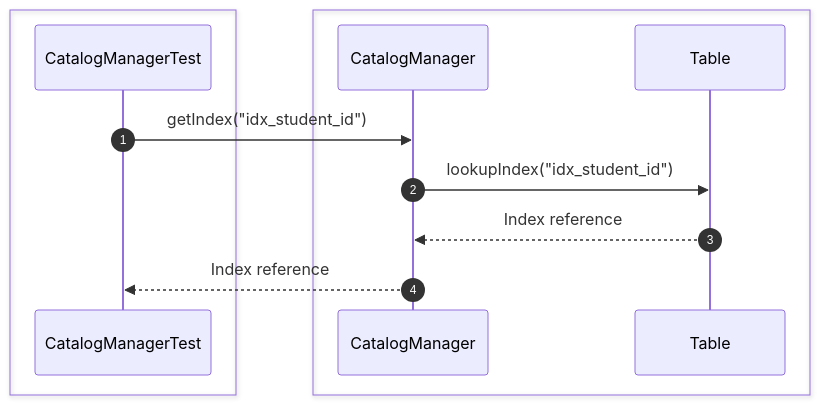
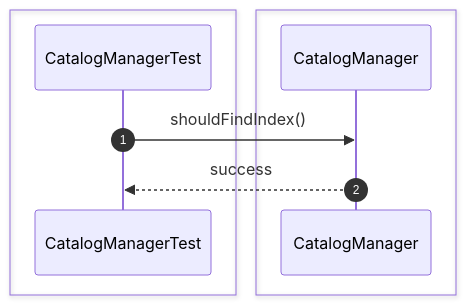
Before and after one commit to Huy1801214/dbms-architecture: the eighth of 28 diagrams in src/sequence/catalog.md, drawn with Mermaid. The commit also changed other lines of this file and 68 other files, not shown here.

Commit message:
implement comprehensive unit test suite and architectural sequence documentation

````diff
--- a/src/sequence/catalog.md
+++ b/src/sequence/catalog.md
@@ -174,19 +111,13 @@
 ```mermaid
 sequenceDiagram
     autonumber
     box #e1f5fe Test Suite
     participant Test as CatalogManagerTest
     end
-    box #e8f5e9 Catalog Objects
-    participant Catalog as CatalogManager
-    participant Tbl as Table
+    box #e8f5e9 CatalogManager Component
+    participant CM as CatalogManager
     end
 
-    Test->>Catalog: getIndex("idx_student_id")
-
-    Catalog->>Tbl: lookupIndex("idx_student_id")
-
-    Tbl-->>Catalog: Index reference
-
-    Catalog-->>Test: Index reference
+    Test->>CM: shouldFindIndex()
+    CM-->>Test: success
 ```
````
